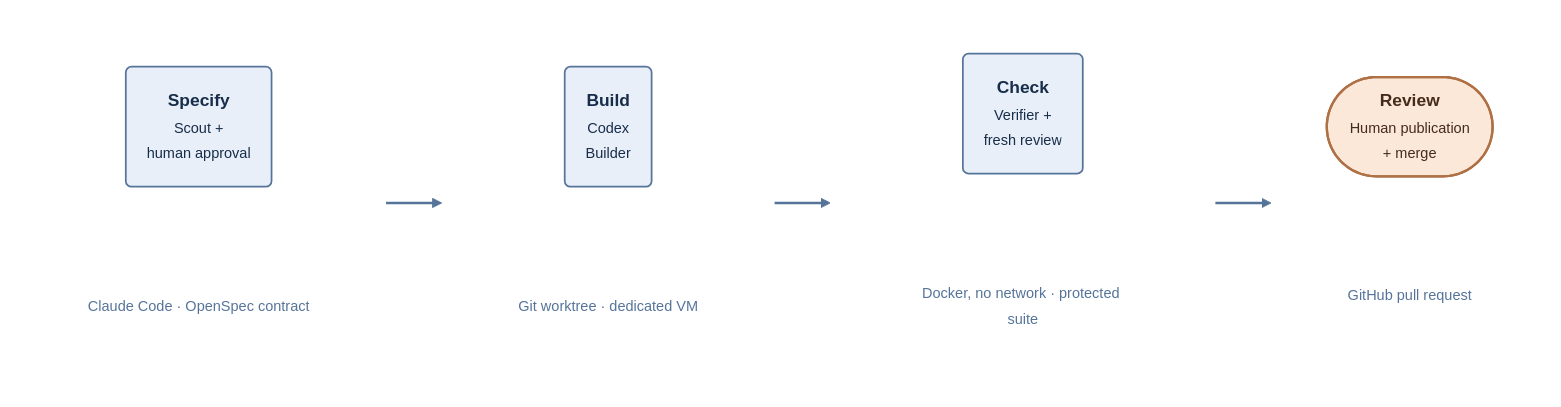
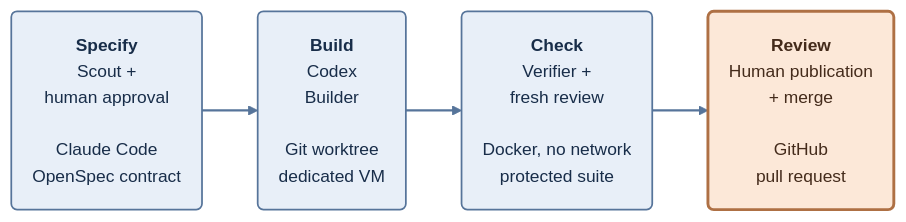
Before and after one commit to you1anna/aegean: the diagram in README.md, drawn with Mermaid.

Commit message:
docs: centre the workflow diagram arrows and stop label clipping [skip ci]
Link the stage nodes directly instead of their subgraphs, so each arrow
meets the box at its centre. Put the tool details inside each box and
remove small and italic text, which GitHub clipped.

````diff
--- a/README.md
+++ b/README.md
@@ -17,42 +17,16 @@
 ```mermaid
 %%{init: {"theme": "base", "themeVariables": {"fontFamily": "-apple-system, Segoe UI, Helvetica, Arial, sans-serif", "fontSize": "15px", "lineColor": "#56749a"}, "flowchart": {"curve": "basis", "nodeSpacing": 40, "rankSpacing": 48, "padding": 18}}}%%
 flowchart LR
     accTitle: Aegean delivery workflow
     accDescr: The Scout in Claude Code drafts an OpenSpec contract. A human approves it. The Codex Builder implements it in a Git worktree on a dedicated VM. The verifier runs the protected suite in a Docker container with no network, and a fresh review checks the diff. A human then approves publication of a GitHub pull request and decides on merge.
-    subgraph s1[" "]
-        direction TB
-        S("<b>Specify</b><br/><small>Scout +<br/>human approval</small>")
-        SC["<small>Claude Code · OpenSpec contract</small>"]
-        S ~~~ SC
-    end
-    subgraph s2[" "]
-        direction TB
-        B("<b>Build</b><br/><small>Codex<br/>Builder</small>")
-        BC["<small>Git worktree · dedicated VM</small>"]
-        B ~~~ BC
-    end
-    subgraph s3[" "]
-        direction TB
-        V("<b>Check</b><br/><small>Verifier +<br/>fresh review</small>")
-        VC["<small>Docker, no network · protected suite</small>"]
-        V ~~~ VC
-    end
-    subgraph s4[" "]
-        direction TB
-        H(["<b>Review</b><br/><small>Human publication<br/>+ merge</small>"])
-        HC["<small>GitHub pull request</small>"]
-        H ~~~ HC
-    end
-    s1 --> s2 --> s3 --> s4
+    S("<b>Specify</b><br/>Scout +<br/>human approval<br/><br/>Claude Code<br/>OpenSpec contract")
+    B("<b>Build</b><br/>Codex<br/>Builder<br/><br/>Git worktree<br/>dedicated VM")
+    V("<b>Check</b><br/>Verifier +<br/>fresh review<br/><br/>Docker, no network<br/>protected suite")
+    H("<b>Review</b><br/>Human publication<br/>+ merge<br/><br/>GitHub<br/>pull request")
+    S --> B --> V --> H
     classDef agent fill:#e8eff8,stroke:#56749a,color:#182d49,stroke-width:1.5px
-    classDef gate fill:#fce8d8,stroke:#ae7044,color:#442b1b,stroke-width:2px
-    classDef note fill:transparent,stroke:transparent,color:#56749a
+    classDef gate fill:#fce8d8,stroke:#ae7044,color:#442b1b,stroke-width:2.5px
     class S,B,V agent
     class H gate
-    class SC,BC,VC,HC note
-    style s1 fill:transparent,stroke:transparent
-    style s2 fill:transparent,stroke:transparent
-    style s3 fill:transparent,stroke:transparent
-    style s4 fill:transparent,stroke:transparent
-    linkStyle 4,5,6 stroke:#56749a,stroke-width:2px
+    linkStyle 0,1,2 stroke:#56749a,stroke-width:2px
 ```
````
